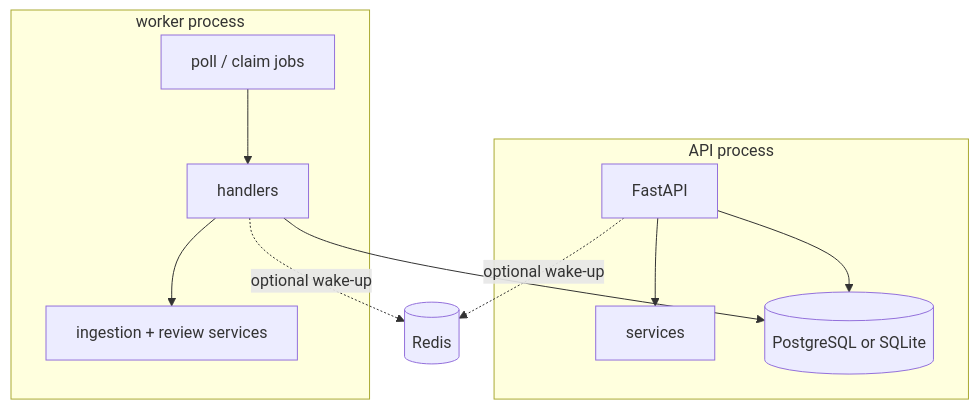
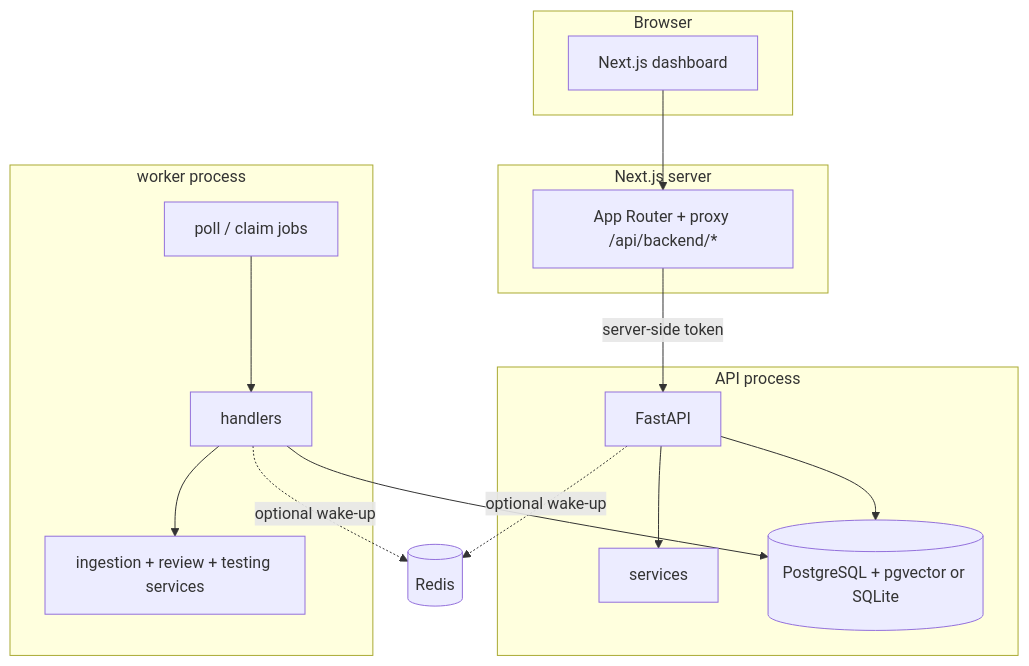
The first of 2 diagrams in docs/ARCHITECTURE.md (Prajjwal-21/patchlens), drawn with Mermaid before and after one commit. The commit also changed other lines of this file and 115 other files, not shown here.

````diff
--- a/docs/ARCHITECTURE.md
+++ b/docs/ARCHITECTURE.md
@@ -22,15 +23,23 @@
 ```mermaid
 flowchart TB
+    subgraph browser[Browser]
+      U[Next.js dashboard]
+    end
+    subgraph frontend[Next.js server]
+      F[App Router + proxy /api/backend/*]
+    end
     subgraph api[API process]
       A1[FastAPI] --> A2[services]
       A1 --> A3[(database)]
     end
     subgraph worker[worker process]
       W1[poll / claim jobs] --> W2[handlers]
-      W2 --> W3[ingestion + review services]
+      W2 --> W3[ingestion + review + testing services]
       W2 --> A3
     end
+    U --> F
+    F -->|server-side token| A1
     A1 -. optional wake-up .-> R[(Redis)]
     W2 -. optional wake-up .-> R
-    A3[(PostgreSQL or SQLite)]
+    A3[(PostgreSQL + pgvector or SQLite)]
 ```
````
